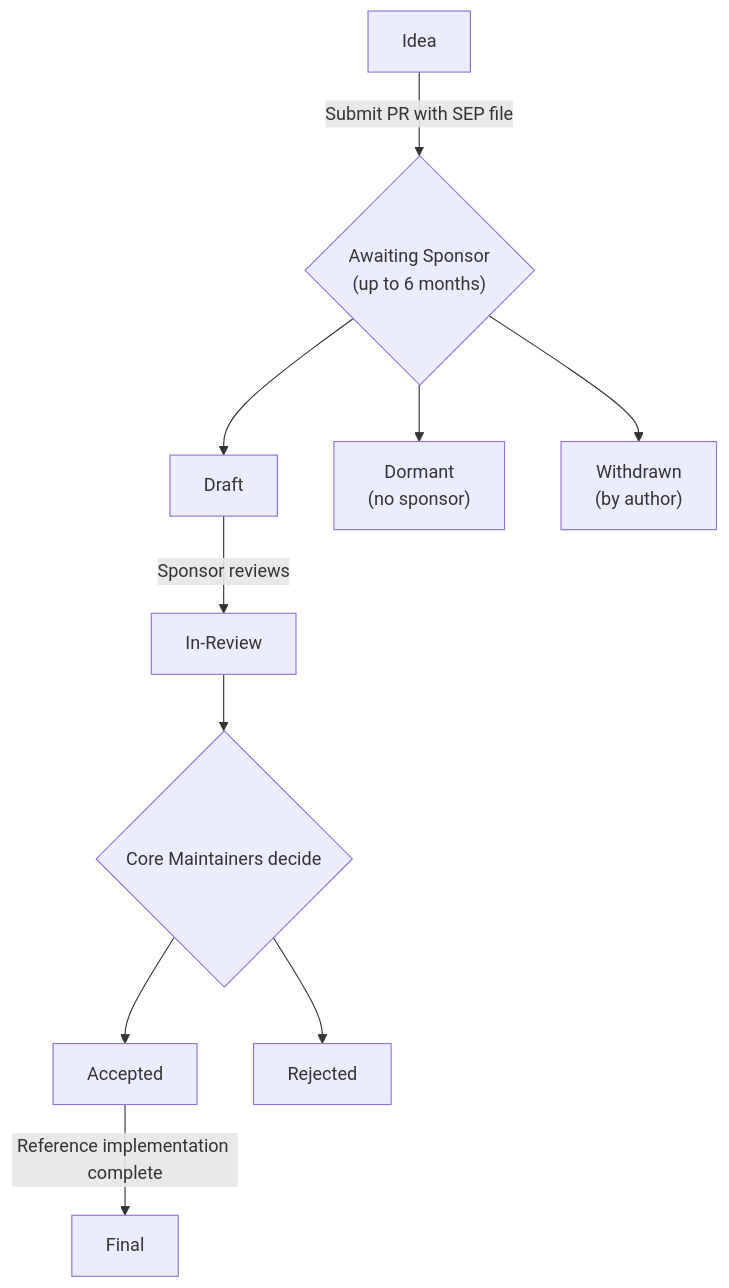
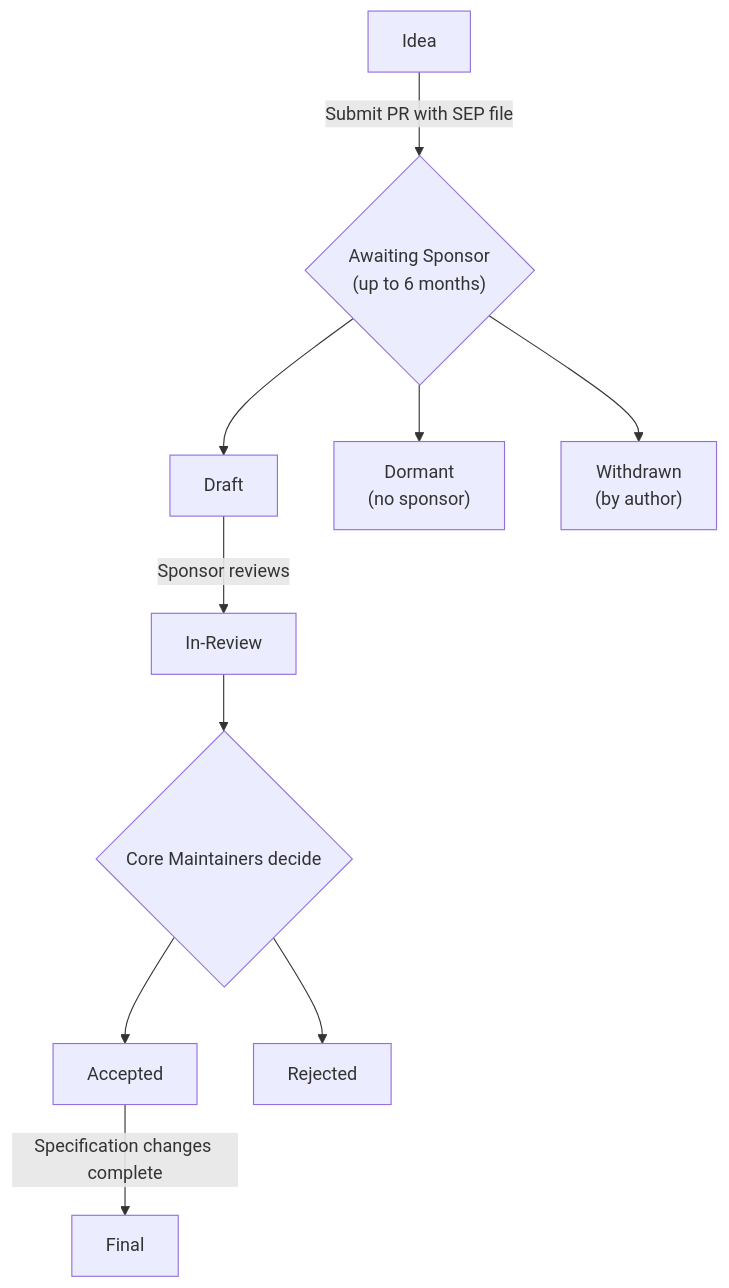
Before and after one commit to modelcontextprotocol/modelcontextprotocol: the diagram in docs/community/sep-guidelines.mdx, drawn with Mermaid. The commit also changed other lines of this file and 1 other file, not shown here.

First line of the commit message:
Clarify SEP reference implementation requirements

````diff
--- a/docs/community/sep-guidelines.mdx
+++ b/docs/community/sep-guidelines.mdx
@@ -46,23 +46,23 @@
 ```mermaid
 flowchart TD
     Idea["Idea"]
     AwaitingSponsor{"Awaiting Sponsor<br/>(up to 6 months)"}
     Draft["Draft"]
     Dormant["Dormant<br/>(no sponsor)"]
     Withdrawn["Withdrawn<br/>(by author)"]
     InReview["In-Review"]
     Decision{"Core Maintainers decide"}
     Accepted["Accepted"]
     Rejected["Rejected"]
     Final["Final"]
 
     Idea -->|"Submit PR with SEP file"| AwaitingSponsor
     AwaitingSponsor --> Draft
     AwaitingSponsor --> Dormant
     AwaitingSponsor --> Withdrawn
     Draft -->|"Sponsor reviews"| InReview
     InReview --> Decision
     Decision --> Accepted
     Decision --> Rejected
-    Accepted -->|"Reference implementation complete"| Final
+    Accepted -->|"Specification changes complete"| Final
 ```
````
